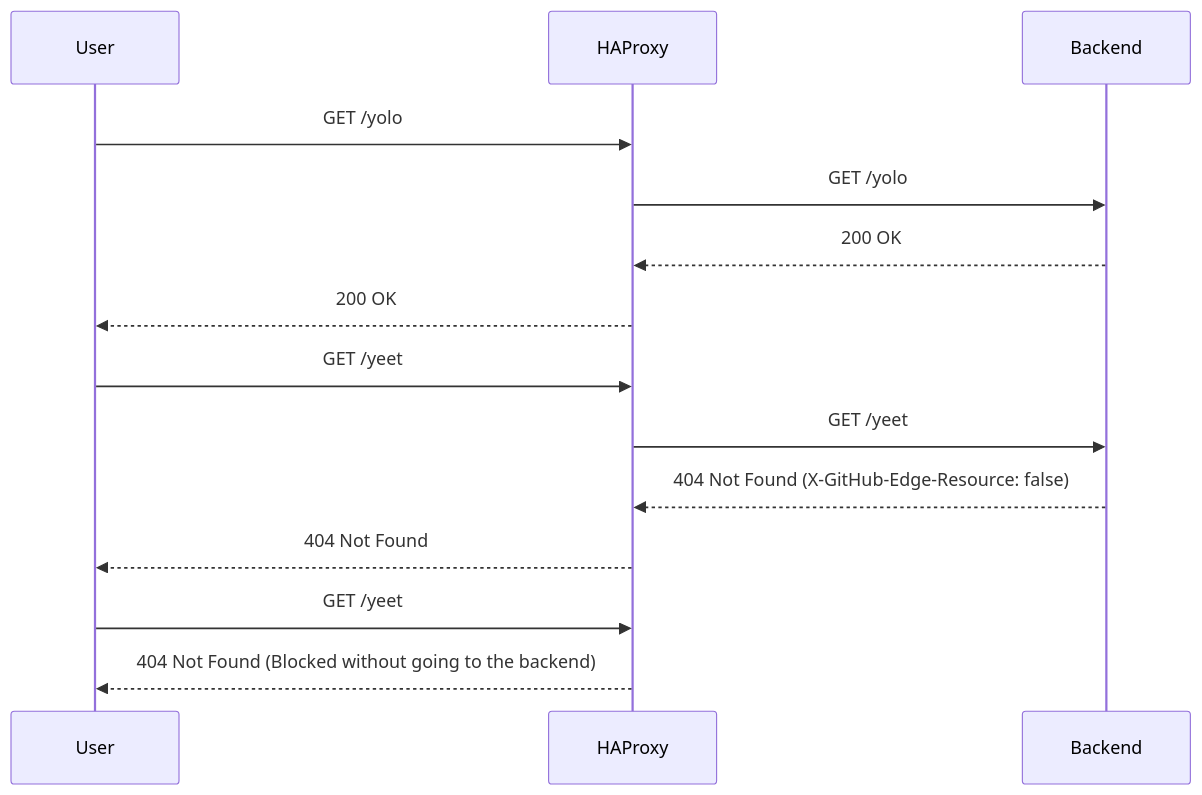
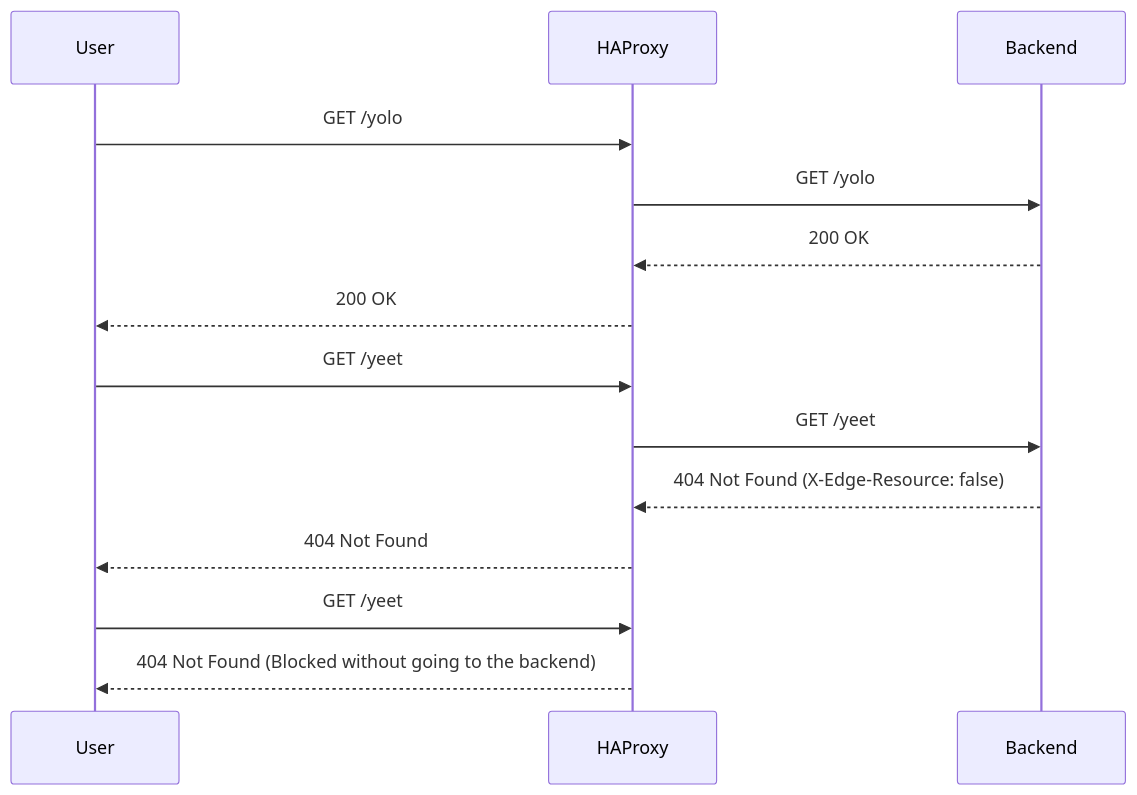
The diagram in README.md (srt32/yeet-blocker), drawn with Mermaid before and after one commit. The commit also changed other lines of this file and 2 other files, not shown here.

Commit message:
use slimmer header name

````diff
--- a/README.md
+++ b/README.md
@@ -32,19 +32,19 @@
 ```mermaid
 sequenceDiagram
     participant User
     participant HAProxy
     participant Backend
 
     User->>HAProxy: GET /yolo
     HAProxy->>Backend: GET /yolo
     Backend-->>HAProxy: 200 OK
     HAProxy-->>User: 200 OK
 
     User->>HAProxy: GET /yeet
     HAProxy->>Backend: GET /yeet
-    Backend-->>HAProxy: 404 Not Found (X-GitHub-Edge-Resource: false)
+    Backend-->>HAProxy: 404 Not Found (X-Edge-Resource: false)
     HAProxy-->>User: 404 Not Found
 
     User->>HAProxy: GET /yeet
     HAProxy-->>User: 404 Not Found (Blocked without going to the backend)
 ```
````
